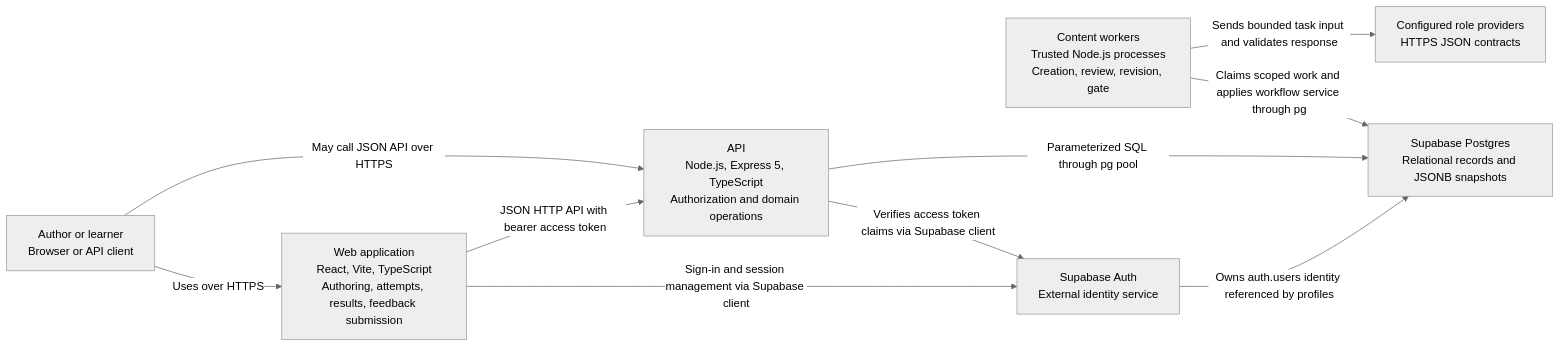
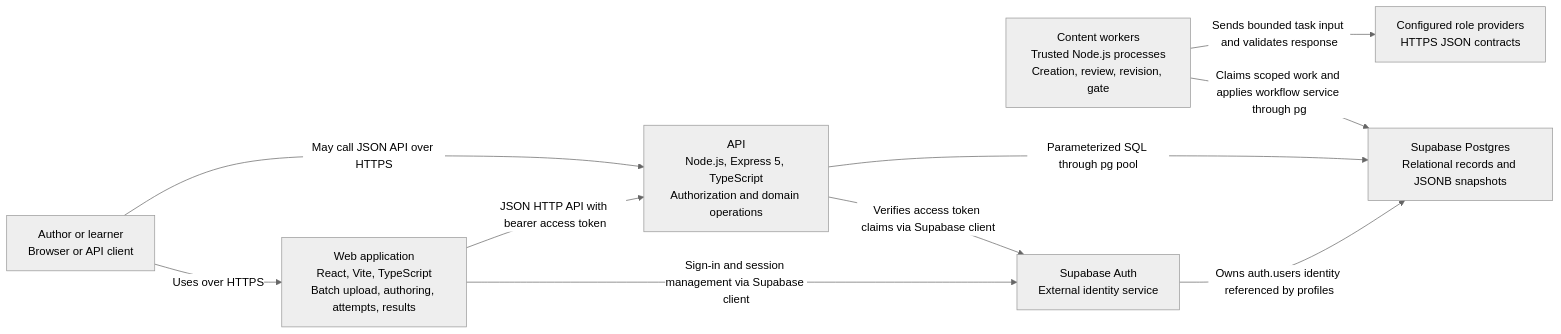
One commit to crennie/quiz-builder changed the diagram in docs/architecture/static/containers.md. Above: the diagram before and after it, drawn with Mermaid (neutral theme). The commit also changed other lines of this file and 38 other files, not shown here.

````diff
--- a/docs/architecture/static/containers.md
+++ b/docs/architecture/static/containers.md
@@ -5,20 +5,20 @@
 ```mermaid
 flowchart LR
     person["Author or learner<br/>Browser or API client"]
-    web["Web application<br/>React, Vite, TypeScript<br/>Authoring, attempts, results, feedback submission"]
+    web["Web application<br/>React, Vite, TypeScript<br/>Batch upload, authoring, attempts, results"]
     api["API<br/>Node.js, Express 5, TypeScript<br/>Authorization and domain operations"]
     worker["Content workers<br/>Trusted Node.js processes<br/>Creation, review, revision, gate"]
     provider["Configured role providers<br/>HTTPS JSON contracts"]
     auth["Supabase Auth<br/>External identity service"]
     db["Supabase Postgres<br/>Relational records and JSONB snapshots"]
 
     person -->|Uses over HTTPS| web
     person -->|May call JSON API over HTTPS| api
     web -->|Sign-in and session management via Supabase client| auth
     web -->|JSON HTTP API with bearer access token| api
     api -->|Verifies access token claims via Supabase client| auth
     api -->|Parameterized SQL through pg pool| db
     worker -->|Claims scoped work and applies workflow service through pg| db
     worker -->|Sends bounded task input and validates response| provider
     auth -->|Owns auth.users identity referenced by profiles| db
 ```
````
